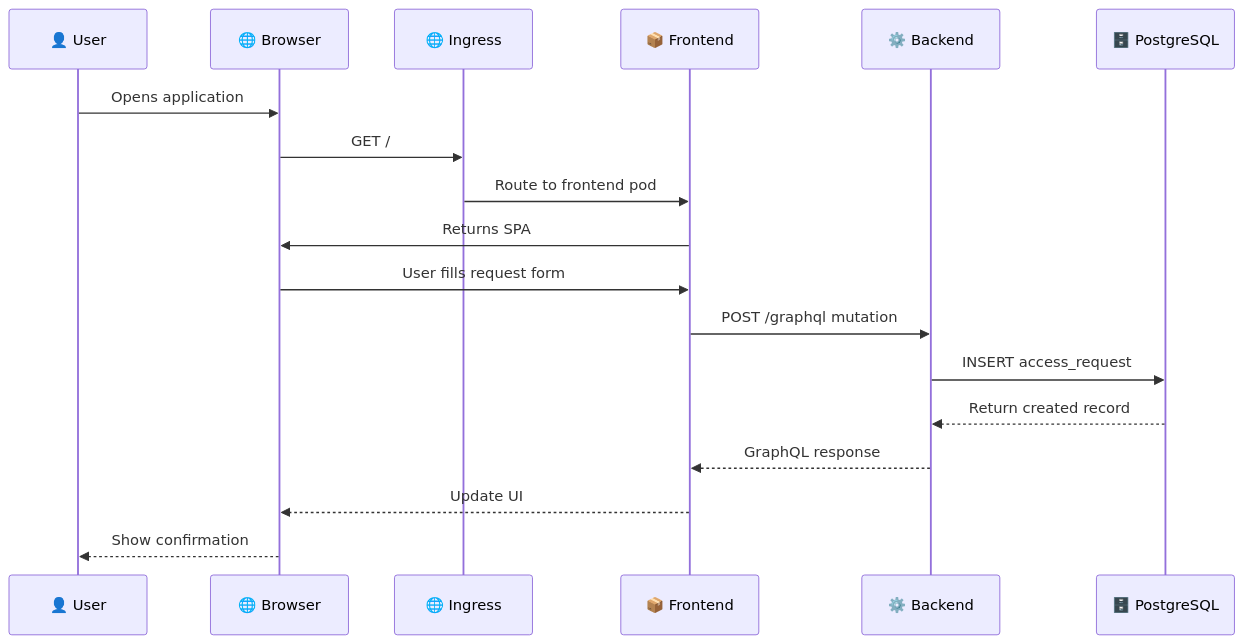
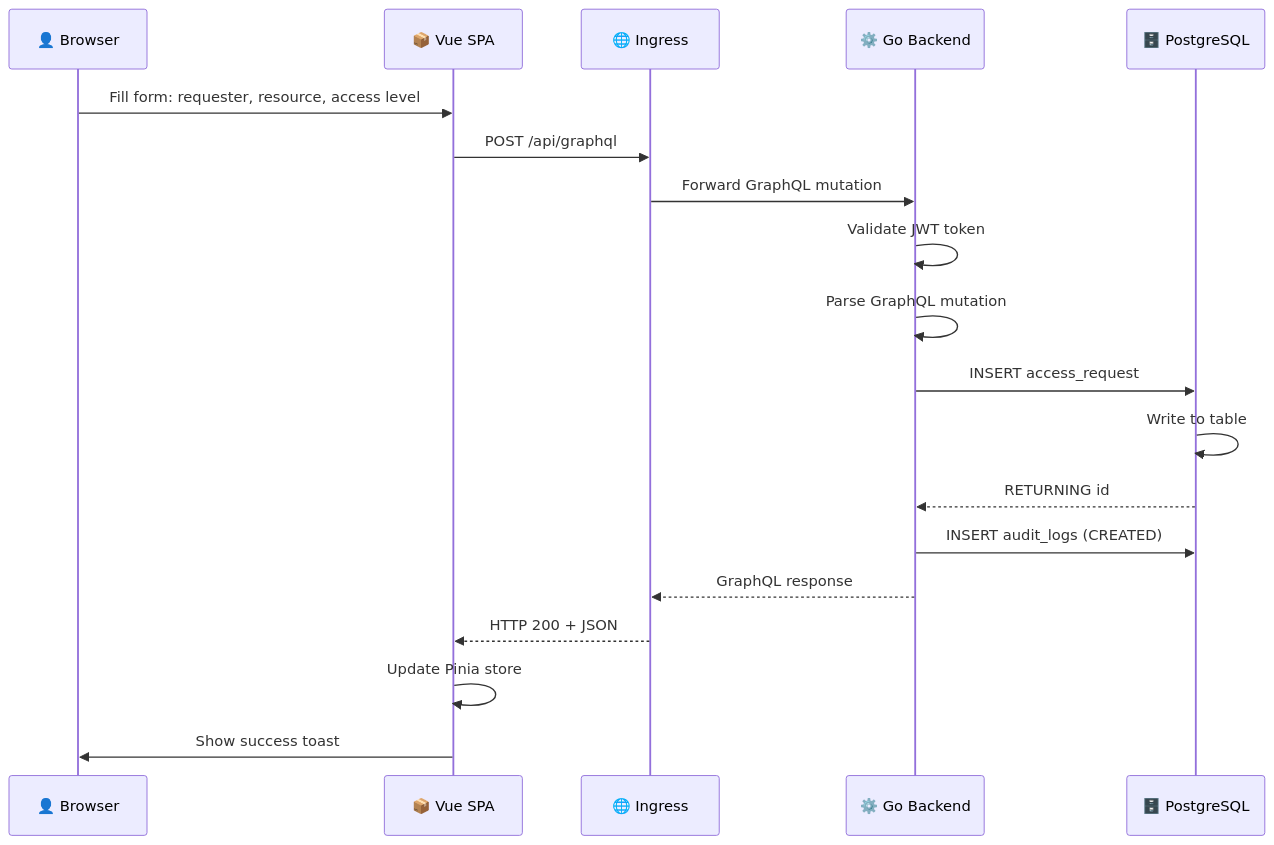
One commit to mathianasj/access-tracker changed the third of 9 diagrams in docs/architecture.md. Above: the diagram before and after it, drawn with Mermaid. The commit also changed other lines of this file, not shown here.

First line of the commit message:
docs: enhance architecture.md for demo presentation

````diff
--- a/docs/architecture.md
+++ b/docs/architecture.md
@@ -52,21 +76,22 @@
 ```mermaid
 sequenceDiagram
-    participant User as 👤 User
-    participant Browser as 🌐 Browser
-    participant Ingress as 🌐 Ingress
-    participant Frontend as 📦 Frontend
-    participant Backend as ⚙️ Backend
+    participant B as 👤 Browser
+    participant F as 📦 Vue SPA
+    participant I as 🌐 Ingress
+    participant BE as ⚙️ Go Backend
     participant DB as 🗄️ PostgreSQL
 
-    User->>Browser: Opens application
-    Browser->>Ingress: GET /
-    Ingress->>Frontend: Route to frontend pod
-    Frontend->>Browser: Returns SPA
-    Browser->>Frontend: User fills request form
-    Frontend->>Backend: POST /graphql mutation
-    Backend->>DB: INSERT access_request
-    DB-->>Backend: Return created record
-    Backend-->>Frontend: GraphQL response
-    Frontend-->>Browser: Update UI
-    Browser-->>User: Show confirmation
+    B->>F: Fill form: requester, resource, access level
+    F->>I: POST /api/graphql
+    I->>BE: Forward GraphQL mutation
+    BE->>BE: Validate JWT token
+    BE->>BE: Parse GraphQL mutation
+    BE->>DB: INSERT access_request
+    DB->>DB: Write to table
+    DB-->>BE: RETURNING id
+    BE->>DB: INSERT audit_logs (CREATED)
+    BE-->>I: GraphQL response
+    I-->>F: HTTP 200 + JSON
+    F->>F: Update Pinia store
+    F->>B: Show success toast
 ```
````
